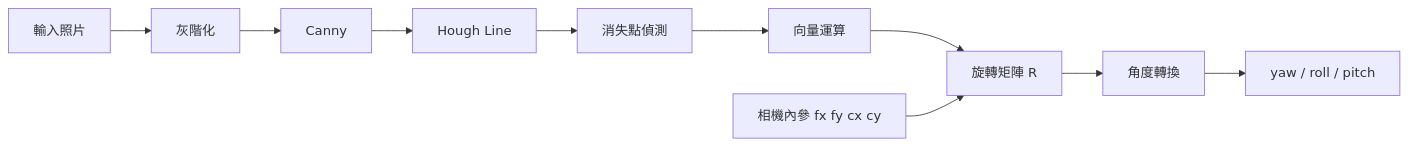
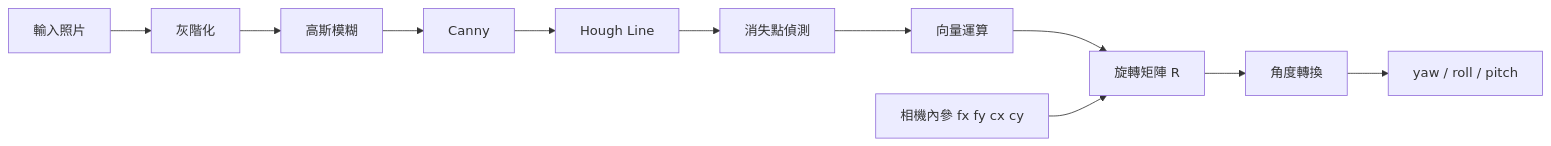
The second of 2 diagrams in README.md (f114112140-star/Indoor-mobile-phone-camera-pose), drawn with Mermaid before and after one commit. The commit also changed other lines of this file, not shown here.

Commit message:
Enhance README with Gaussian blur and flow details
Updated project flow and explanations in README.

````diff
--- a/README.md
+++ b/README.md
@@ -42,12 +43,13 @@
 ```mermaid
 graph LR
     A[輸入照片] --> B[灰階化]
-    B --> C[Canny]
-    C --> D[Hough Line]
-    D --> E[消失點偵測]
-    E --> I[向量運算]
-    I --> G[旋轉矩陣 R]
-    F[相機內參 fx fy cx cy] --> G
-    G --> J[角度轉換]
-    J --> H[yaw / roll / pitch]
+    B --> C[高斯模糊]
+    C --> D[Canny]
+    D --> E[Hough Line]
+    E --> F[消失點偵測]
+    F --> G[向量運算]
+    G --> I[旋轉矩陣 R]
+    J[相機內參 fx fy cx cy] --> I
+    I --> K[角度轉換]
+    K --> L[yaw / roll / pitch]
 ```
````
